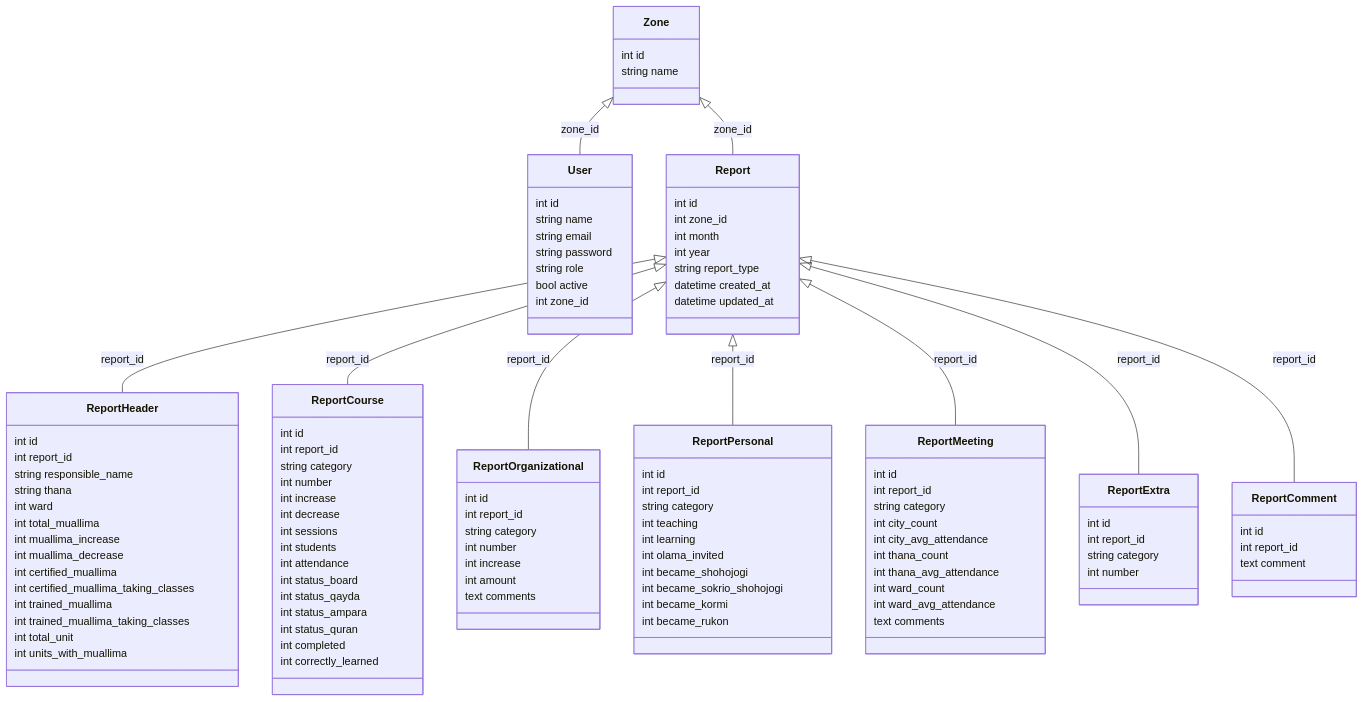
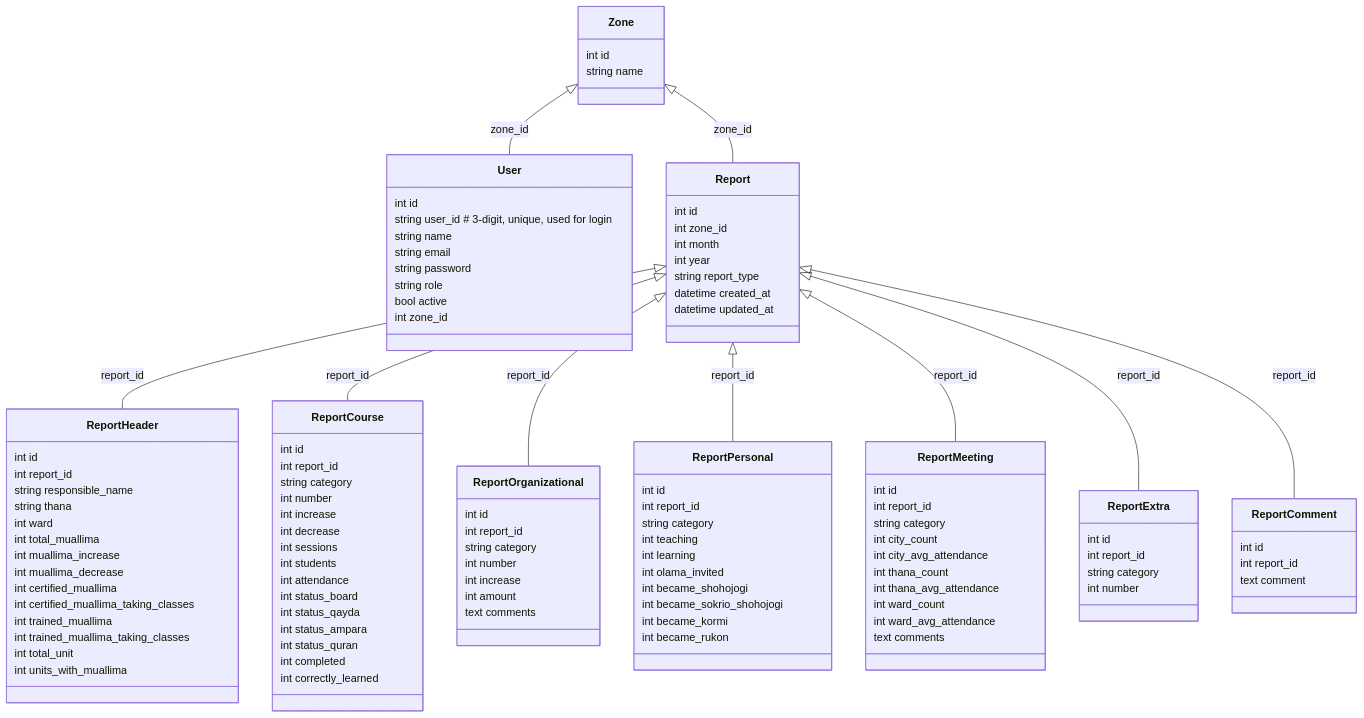
Before and after one commit to Jabir-A-H/report-submission: the first of 3 diagrams in database_diagram.md, drawn with Mermaid. The commit also changed other lines of this file and 3 other files, not shown here.

```diff
--- a/database_diagram.md
+++ b/database_diagram.md
@@ -20,6 +20,7 @@
     }
     class User {
         int id
+        string user_id  # 3-digit, unique, used for login
         string name
         string email
         string password
```
